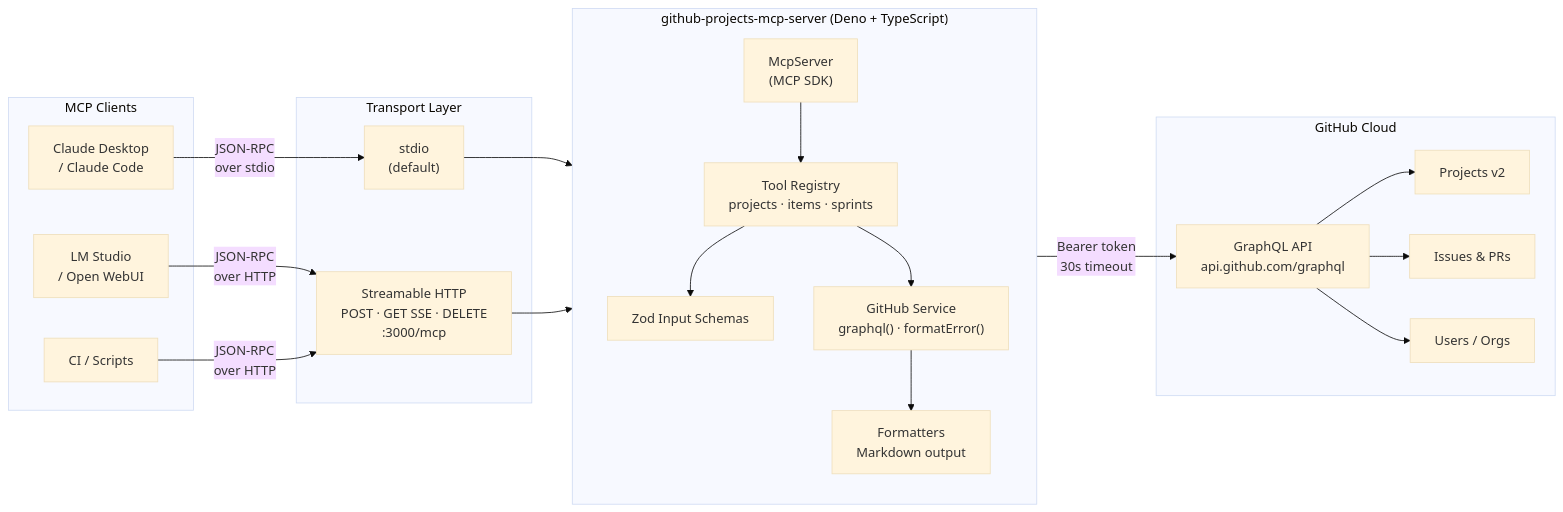
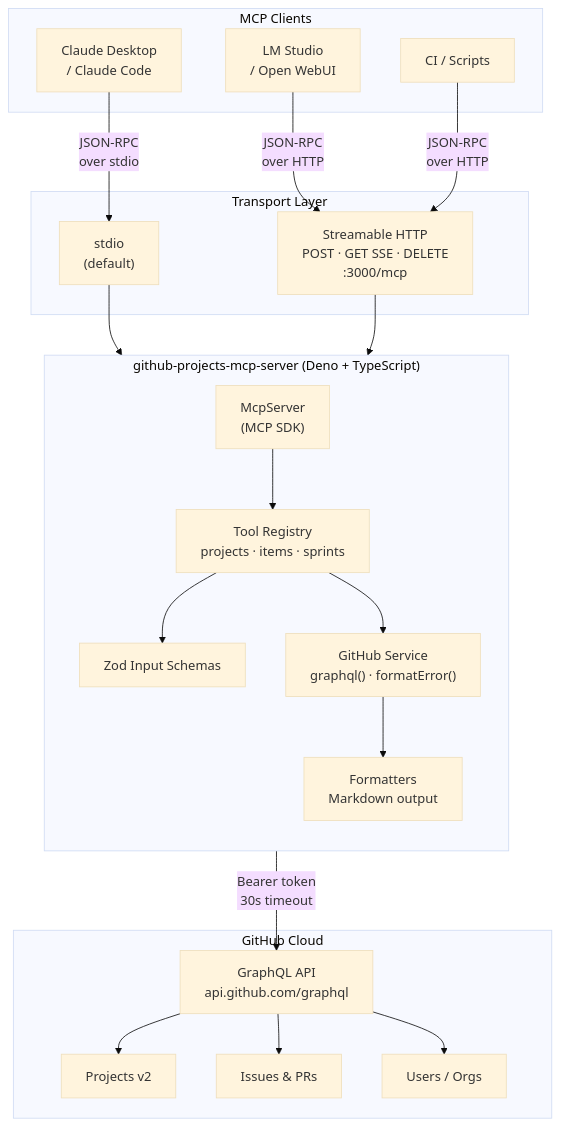
Before and after one commit to hoonsubin/github-projects-mcp-server: the first of 6 diagrams in README.md, drawn with Mermaid (base theme). The commit also changed other lines of this file and 24 other files, not shown here.

````diff
--- a/README.md
+++ b/README.md
@@ -21,44 +21,44 @@
 ```mermaid
-flowchart LR
+flowchart TD
     subgraph Clients["MCP Clients"]
         CC["Claude Desktop\n/ Claude Code"]
         LM["LM Studio\n/ Open WebUI"]
         CI["CI / Scripts"]
     end
 
     subgraph Transport["Transport Layer"]
         STDIO["stdio\n(default)"]
         HTTP["Streamable HTTP\nPOST · GET SSE · DELETE\n:3000/mcp"]
     end
 
     subgraph Server["github-projects-mcp-server (Deno + TypeScript)"]
         direction TB
         MCP["McpServer\n(MCP SDK)"]
         TOOLS["Tool Registry\nprojects · items · sprints"]
         SCHEMAS["Zod Input Schemas"]
         SVC["GitHub Service\ngraphql() · formatError()"]
         FMT["Formatters\nMarkdown output"]
     end
 
     subgraph GitHub["GitHub Cloud"]
         GQL["GraphQL API\napi.github.com/graphql"]
         PROJ["Projects v2"]
         ISSUES["Issues & PRs"]
         USERS["Users / Orgs"]
     end
 
     CC -->|"JSON-RPC\nover stdio"| STDIO
     LM -->|"JSON-RPC\nover HTTP"| HTTP
     CI -->|"JSON-RPC\nover HTTP"| HTTP
 
     STDIO --> MCP
     HTTP --> MCP
     MCP --> TOOLS
     TOOLS --> SCHEMAS
     TOOLS --> SVC
     SVC --> FMT
     SVC -->|"Bearer token\n30s timeout"| GQL
     GQL --> PROJ
     GQL --> ISSUES
     GQL --> USERS
 ```
````
